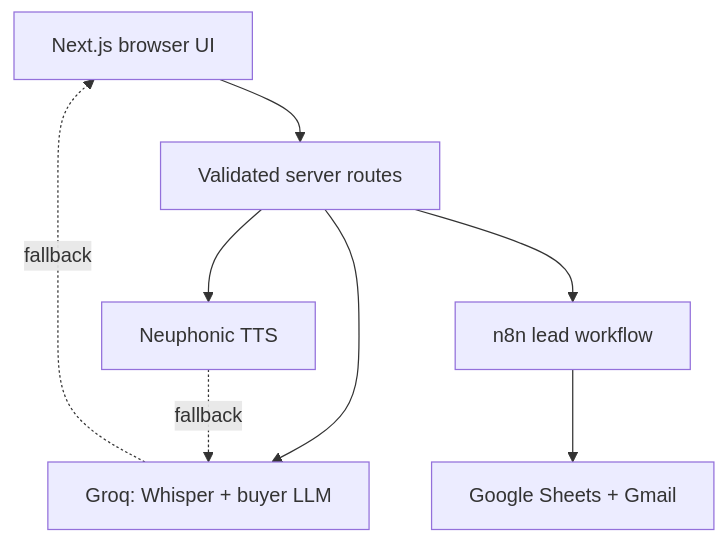
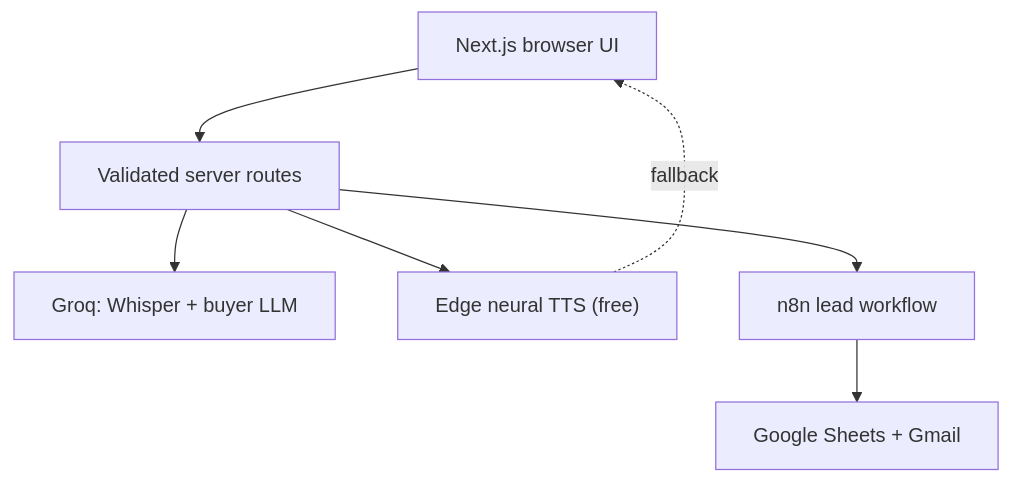
Before and after one commit to pantha704/sales-bot: the diagram in README.md, drawn with Mermaid. The commit also changed other lines of this file and 14 other files, not shown here.

First line of the commit message:
feat: free Edge neural TTS as default buyer voice

````diff
--- a/README.md
+++ b/README.md
@@ -23,10 +23,9 @@
 ```mermaid
 flowchart TD
     browser["Next.js browser UI"] --> server["Validated server routes"]
     server --> groq["Groq: Whisper + buyer LLM"]
-    server --> tts["Neuphonic TTS"]
-    tts -. fallback .-> groq
-    groq -. fallback .-> browser
+    server --> tts["Edge neural TTS (free)"]
+    tts -. fallback .-> browser
     server --> n8n["n8n lead workflow"]
     n8n --> google["Google Sheets + Gmail"]
 ```
````
